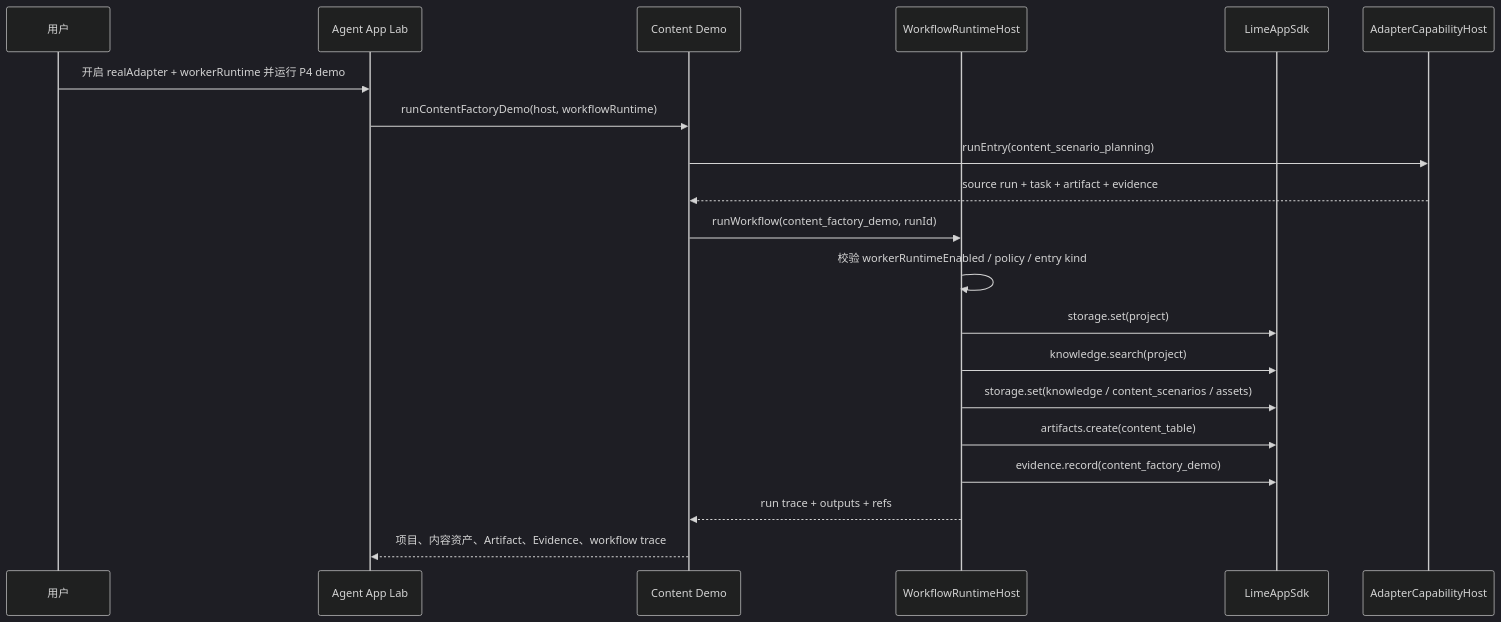
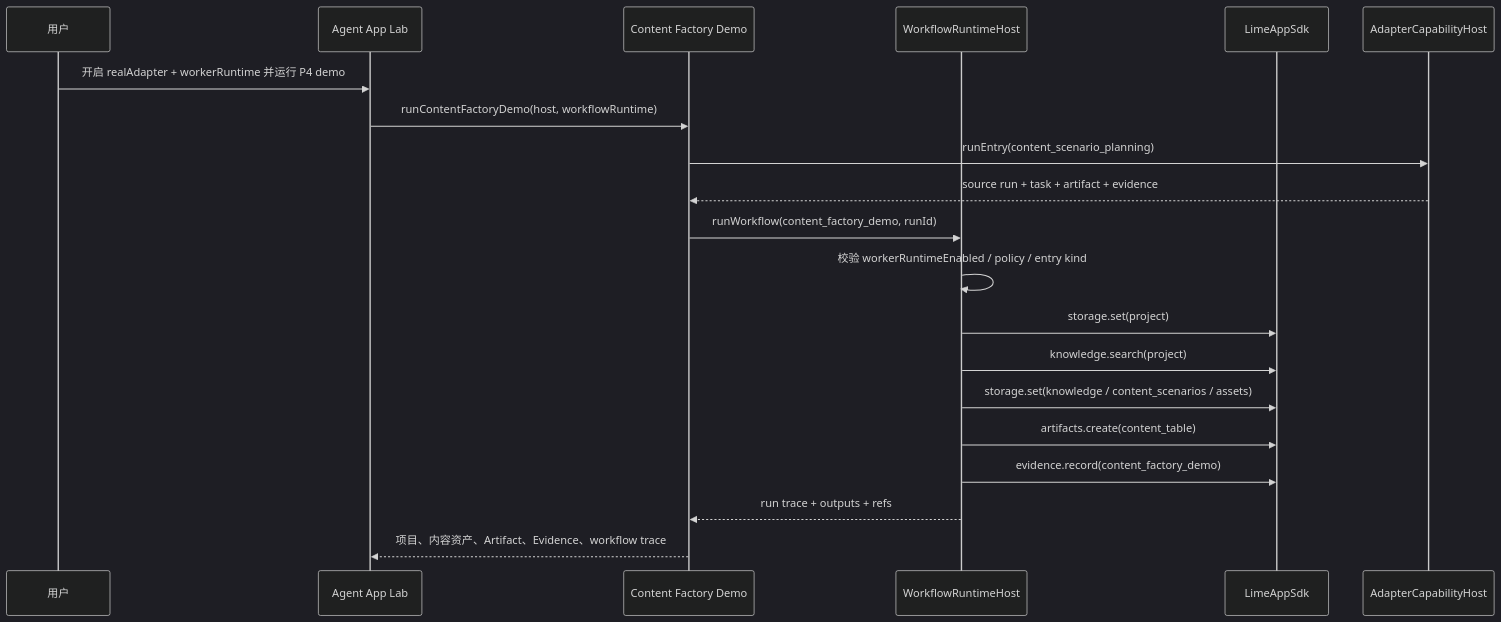
The second of 3 diagrams in docs/roadmap/agentapp/p4-workflow-runtime.md (jiujuan/lime), drawn with Mermaid (dark theme) before and after one commit. The commit also changed other lines of this file and 338 other files, not shown here.

````diff
--- a/docs/roadmap/agentapp/p4-workflow-runtime.md
+++ b/docs/roadmap/agentapp/p4-workflow-runtime.md
@@ -59,23 +59,23 @@
 ```mermaid
 sequenceDiagram
   participant User as 用户
   participant Lab as Agent App Lab
-  participant Demo as Content Demo
+  participant Demo as Content Factory Demo
   participant Runtime as WorkflowRuntimeHost
   participant SDK as LimeAppSdk
   participant Host as AdapterCapabilityHost
 
   User->>Lab: 开启 realAdapter + workerRuntime 并运行 P4 demo
   Lab->>Demo: runContentFactoryDemo(host, workflowRuntime)
   Demo->>Host: runEntry(content_scenario_planning)
   Host-->>Demo: source run + task + artifact + evidence
   Demo->>Runtime: runWorkflow(content_factory_demo, runId)
   Runtime->>Runtime: 校验 workerRuntimeEnabled / policy / entry kind
   Runtime->>SDK: storage.set(project)
   Runtime->>SDK: knowledge.search(project)
   Runtime->>SDK: storage.set(knowledge / content_scenarios / assets)
   Runtime->>SDK: artifacts.create(content_table)
   Runtime->>SDK: evidence.record(content_factory_demo)
   Runtime-->>Demo: run trace + outputs + refs
   Demo-->>Lab: 项目、内容资产、Artifact、Evidence、workflow trace
 ```
````
